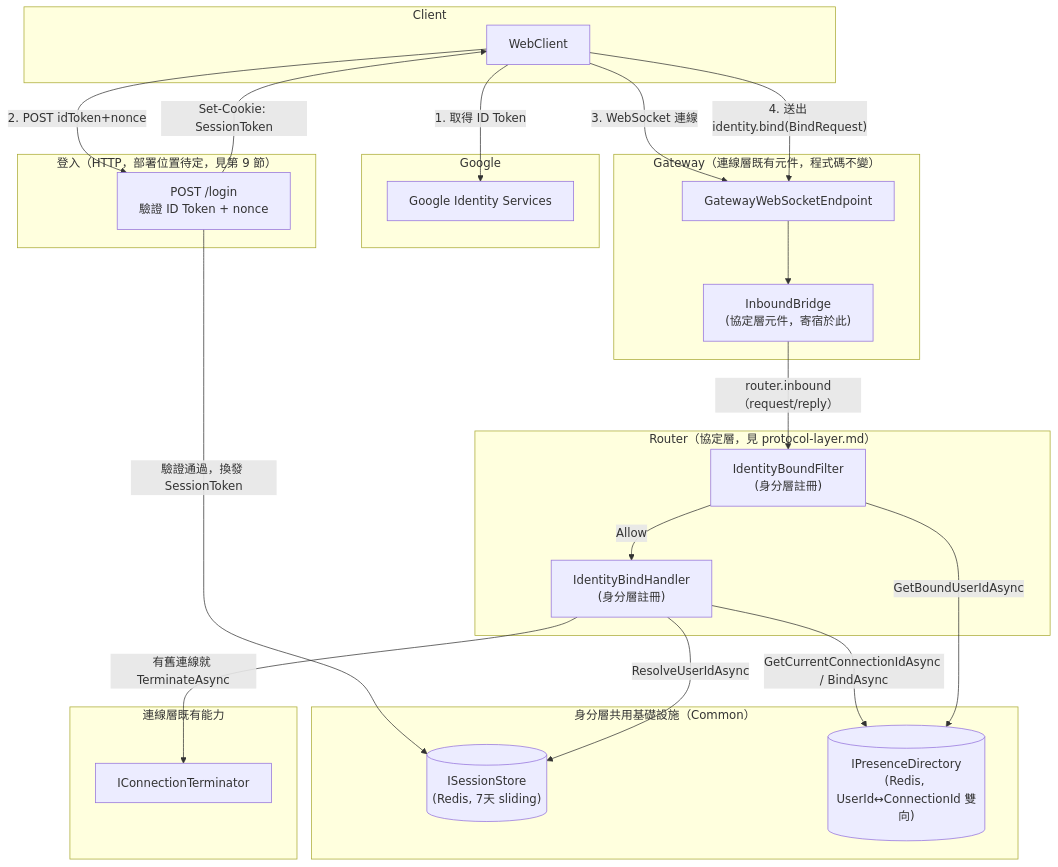
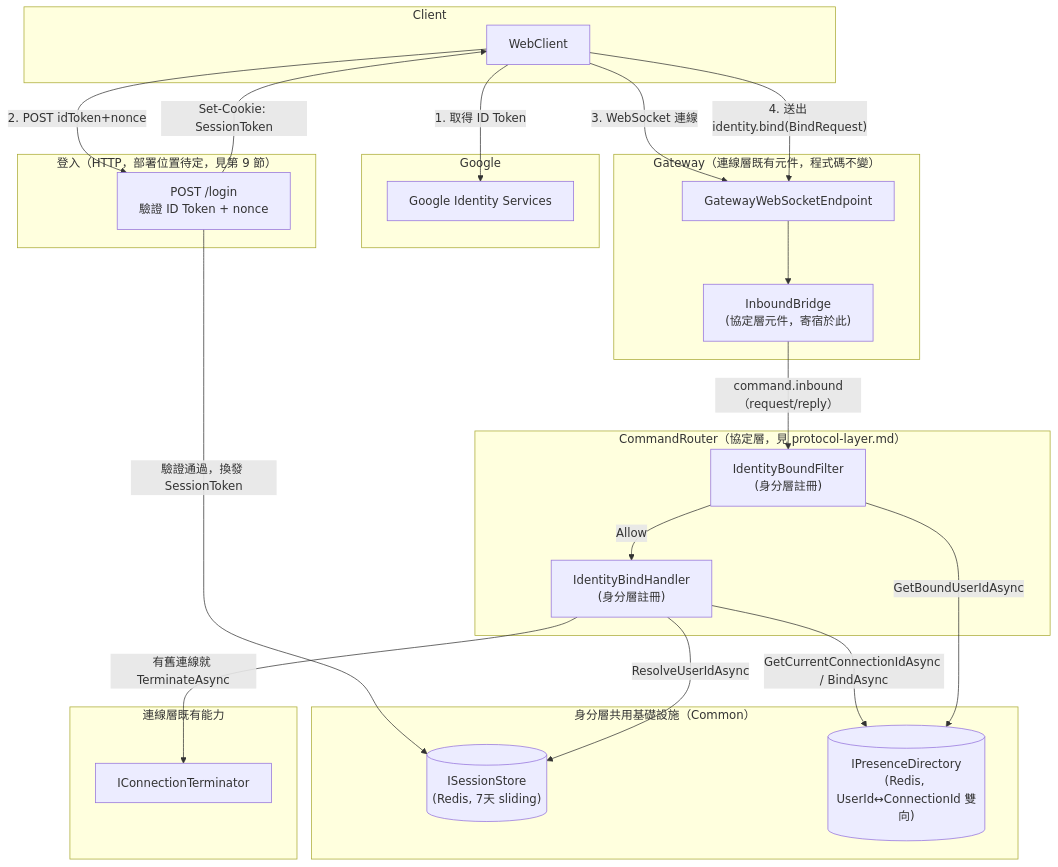
The first of 3 diagrams in docs/architecture/identity-layer.md (yggdrasill-dev/ChatSystem), drawn with Mermaid before and after one commit. The commit also changed other lines of this file and 1 other file, not shown here.

First line of the commit message:
docs(protocol-layer): 協定層服務定名 CommandRouter，subject 前綴改 command.inbound

````diff
--- a/docs/architecture/identity-layer.md
+++ b/docs/architecture/identity-layer.md
@@ -41,48 +41,48 @@
 ```mermaid
 graph TB
     subgraph Client
         WC[WebClient]
     end
 
     subgraph Google
         G[Google Identity Services]
     end
 
     subgraph "登入（HTTP，部署位置待定，見第 9 節）"
         LI["POST /login\n驗證 ID Token + nonce"]
     end
 
     subgraph "身分層共用基礎設施（Common）"
         SS[("ISessionStore\n(Redis, 7天 sliding)")]
         PD[("IPresenceDirectory\n(Redis, UserId↔ConnectionId 雙向)")]
     end
 
     subgraph "Gateway（連線層既有元件，程式碼不變）"
         WS[GatewayWebSocketEndpoint]
         BR["InboundBridge\n(協定層元件，寄宿於此)"]
     end
 
-    subgraph "Router（協定層，見 protocol-layer.md）"
+    subgraph "CommandRouter（協定層，見 protocol-layer.md）"
         FL["IdentityBoundFilter\n(身分層註冊)"]
         IB["IdentityBindHandler\n(身分層註冊)"]
     end
 
     subgraph "連線層既有能力"
         CT[IConnectionTerminator]
     end
 
     WC -- "1. 取得 ID Token" --> G
     WC -- "2. POST idToken+nonce" --> LI
     LI -- "驗證通過，換發 SessionToken" --> SS
     LI -- "Set-Cookie: SessionToken" --> WC
 
     WC -- "3. WebSocket 連線" --> WS
     WC -- "4. 送出 identity.bind(BindRequest)" --> WS
     WS --> BR
-    BR -- "router.inbound（request/reply）" --> FL
+    BR -- "command.inbound（request/reply）" --> FL
     FL -- "Allow" --> IB
     IB -- "ResolveUserIdAsync" --> SS
     IB -- "GetCurrentConnectionIdAsync / BindAsync" --> PD
     IB -- "有舊連線就 TerminateAsync" --> CT
     FL -- "GetBoundUserIdAsync" --> PD
 ```
````
